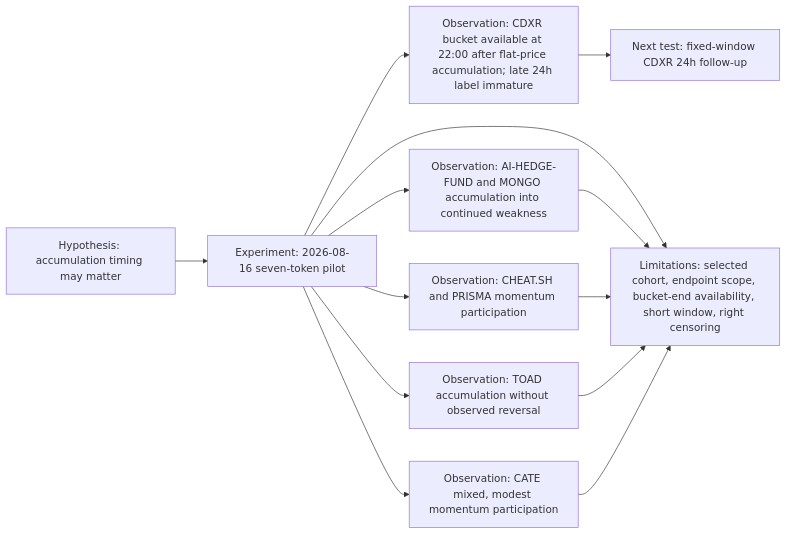
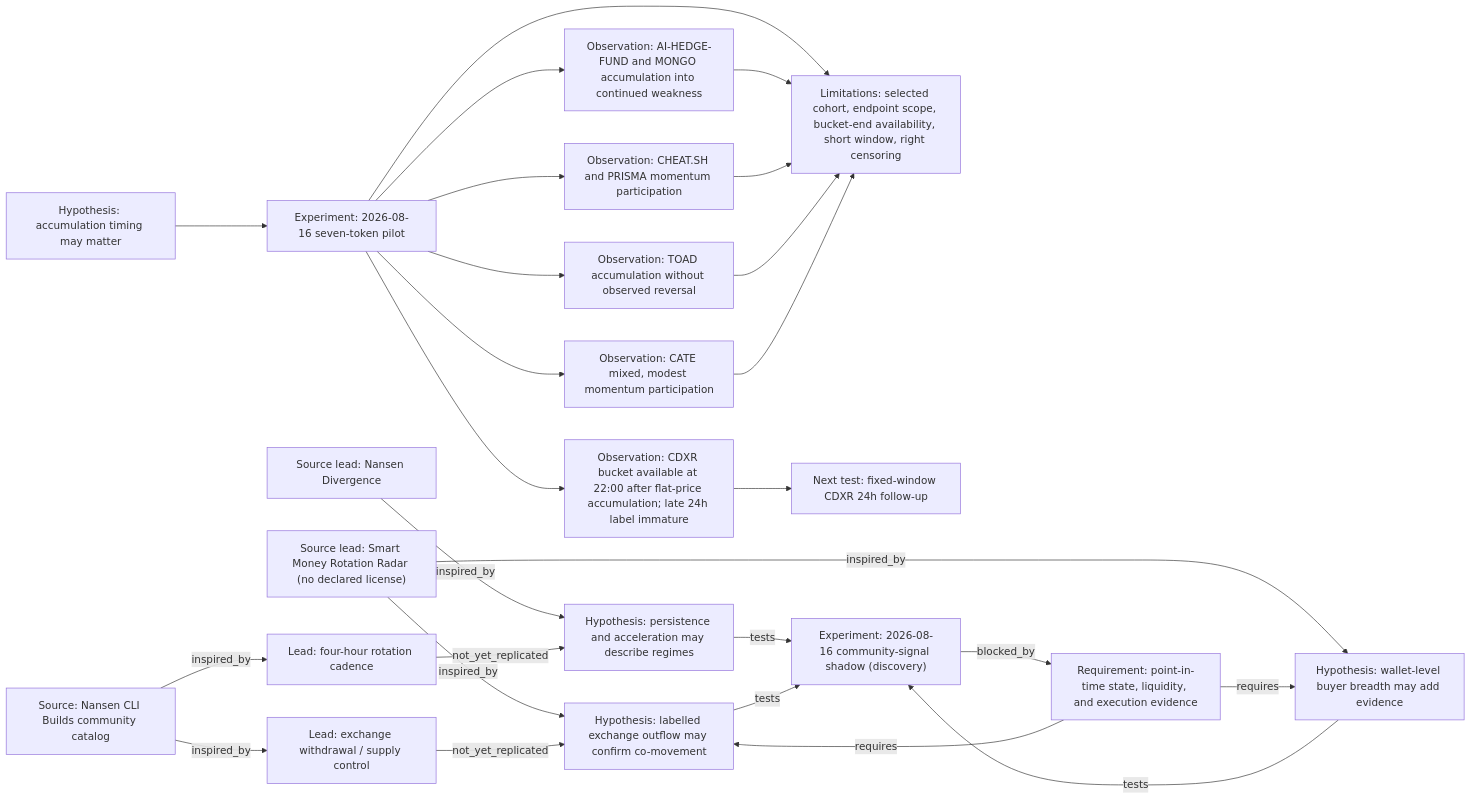
The diagram in docs/RESEARCH-GRAPH.md (u-dont-existDOTcom/nansen), drawn with Mermaid before and after one commit. The commit also changed other lines of this file and 4 other files, not shown here.

Commit message:
Record community signal research leads

````diff
--- a/docs/RESEARCH-GRAPH.md
+++ b/docs/RESEARCH-GRAPH.md
@@ -5,25 +5,50 @@
 ```mermaid
 flowchart LR
     hyp_smart_money_timing["Hypothesis: accumulation timing may matter"]
     exp_20260816_seven_token_pilot["Experiment: 2026-08-16 seven-token pilot"]
     obs_cdxr_flat_accumulation["Observation: CDXR bucket available at 22:00 after flat-price accumulation; late 24h label immature"]
     obs_weakness_continues["Observation: AI-HEDGE-FUND and MONGO accumulation into continued weakness"]
     obs_momentum_participation["Observation: CHEAT.SH and PRISMA momentum participation"]
     obs_toad_no_reversal["Observation: TOAD accumulation without observed reversal"]
     obs_cate_mixed["Observation: CATE mixed, modest momentum participation"]
     lim_selected_endpoint_window["Limitations: selected cohort, endpoint scope, bucket-end availability, short window, right censoring"]
     next_cdxr_fixed_window["Next test: fixed-window CDXR 24h follow-up"]
 
     hyp_smart_money_timing --> exp_20260816_seven_token_pilot
     exp_20260816_seven_token_pilot --> obs_cdxr_flat_accumulation
     exp_20260816_seven_token_pilot --> obs_weakness_continues
     exp_20260816_seven_token_pilot --> obs_momentum_participation
     exp_20260816_seven_token_pilot --> obs_toad_no_reversal
     exp_20260816_seven_token_pilot --> obs_cate_mixed
     exp_20260816_seven_token_pilot --> lim_selected_endpoint_window
     obs_cdxr_flat_accumulation --> next_cdxr_fixed_window
     obs_weakness_continues --> lim_selected_endpoint_window
     obs_momentum_participation --> lim_selected_endpoint_window
     obs_toad_no_reversal --> lim_selected_endpoint_window
     obs_cate_mixed --> lim_selected_endpoint_window
+
+    src_nansen_cli_builds["Source: Nansen CLI Builds community catalog"]
+    src_nansen_divergence["Source lead: Nansen Divergence"]
+    src_smrr["Source lead: Smart Money Rotation Radar (no declared license)"]
+    lead_supply_control["Lead: exchange withdrawal / supply control"]
+    lead_four_hour_rotation["Lead: four-hour rotation cadence"]
+    hyp_persistence_acceleration["Hypothesis: persistence and acceleration may describe regimes"]
+    hyp_buyer_breadth["Hypothesis: wallet-level buyer breadth may add evidence"]
+    hyp_exchange_outflow_confirmation["Hypothesis: labelled exchange outflow may confirm co-movement"]
+    req_point_in_time_state["Requirement: point-in-time state, liquidity, and execution evidence"]
+    exp_20260816_community_signal_shadow["Experiment: 2026-08-16 community-signal shadow (discovery)"]
+
+    src_nansen_cli_builds -->|inspired_by| lead_supply_control
+    src_nansen_cli_builds -->|inspired_by| lead_four_hour_rotation
+    src_nansen_divergence -->|inspired_by| hyp_persistence_acceleration
+    src_smrr -->|inspired_by| hyp_buyer_breadth
+    src_smrr -->|inspired_by| hyp_exchange_outflow_confirmation
+    lead_supply_control -->|not_yet_replicated| hyp_exchange_outflow_confirmation
+    lead_four_hour_rotation -->|not_yet_replicated| hyp_persistence_acceleration
+    hyp_persistence_acceleration -->|tests| exp_20260816_community_signal_shadow
+    hyp_buyer_breadth -->|tests| exp_20260816_community_signal_shadow
+    hyp_exchange_outflow_confirmation -->|tests| exp_20260816_community_signal_shadow
+    exp_20260816_community_signal_shadow -->|blocked_by| req_point_in_time_state
+    req_point_in_time_state -->|requires| hyp_buyer_breadth
+    req_point_in_time_state -->|requires| hyp_exchange_outflow_confirmation
 ```
````
